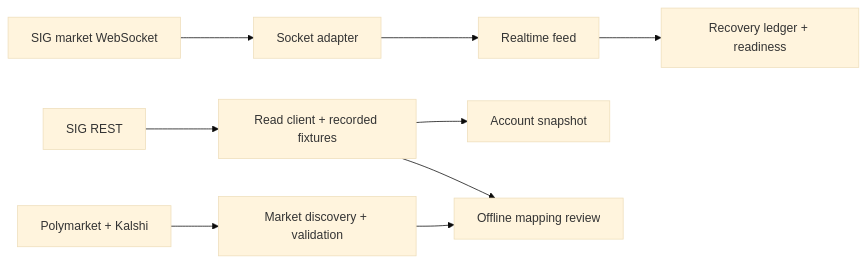
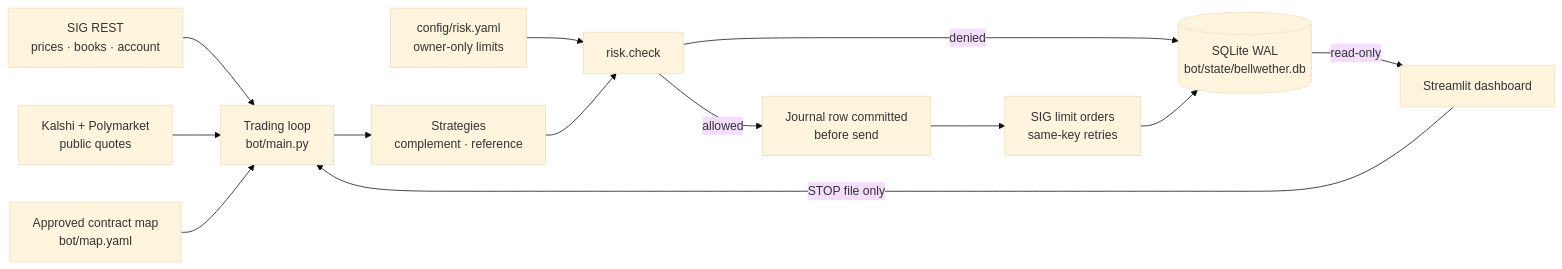
Before and after one commit to ArnavJain2005/Bellwether: the diagram in README.md, drawn with Mermaid (base theme). The commit also changed other lines of this file and 5 other files, not shown here.

````diff
--- a/README.md
+++ b/README.md
@@ -45,7 +52,15 @@
 ```mermaid
 flowchart LR
-  SIG["SIG REST"] --> Reads["Read client + recorded fixtures"] --> Snapshot["Account snapshot"]
-  WS["SIG market WebSocket"] --> Socket["Socket adapter"] --> Feed["Realtime feed"] --> Ledger["Recovery ledger + readiness"]
-  Venues["Polymarket + Kalshi"] --> Discovery["Market discovery + validation"] --> Review["Offline mapping review"]
-  Reads --> Review
+  SIG["SIG REST<br/>prices · books · account"] --> Loop
+  Refs["Kalshi + Polymarket<br/>public quotes"] --> Loop
+  Map["Approved contract map<br/>bot/map.yaml"] --> Loop
+  Limits["config/risk.yaml<br/>owner-only limits"] --> Risk
+  Loop["Trading loop<br/>bot/main.py"] --> Strat["Strategies<br/>complement · reference"]
+  Strat --> Risk["risk.check"]
+  Risk -->|denied| DB
+  Risk -->|allowed| Journal["Journal row committed<br/>before send"]
+  Journal --> Writer["SIG limit orders<br/>same-key retries"]
+  Writer --> DB[("SQLite WAL<br/>bot/state/bellwether.db")]
+  DB -->|read-only| Dash["Streamlit dashboard"]
+  Dash -->|STOP file only| Loop
 ```
````
